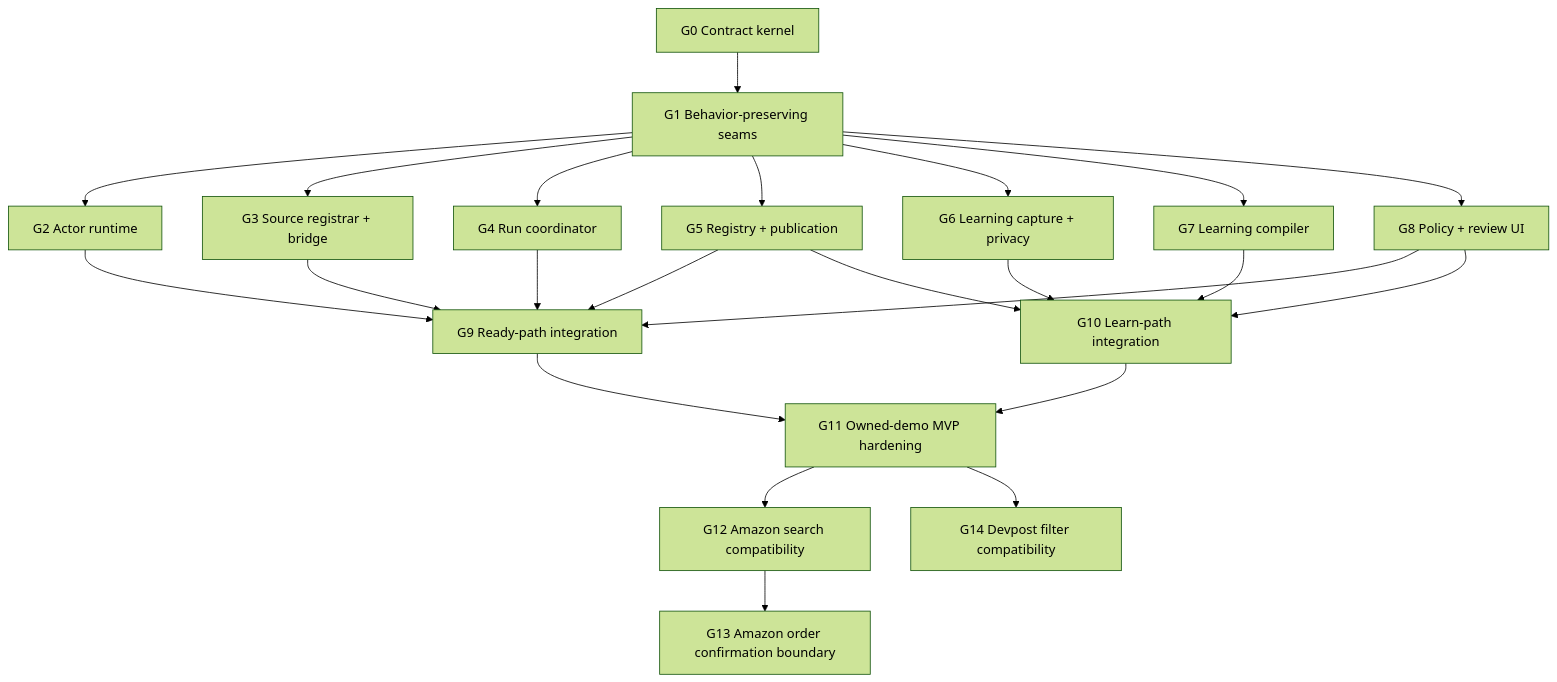
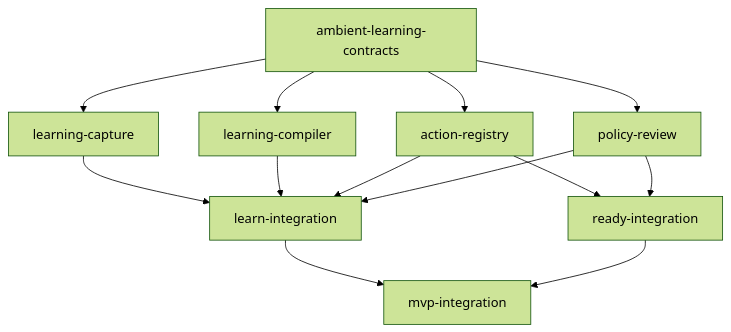
One commit to yohanc3/webmcp-automator changed the diagram in documentation/parallel-worktrees.md. Above: the diagram before and after it, drawn with Mermaid (forest theme). The commit also changed other lines of this file and 19 other files, not shown here.

Commit message:
docs: define automatic ambient learning contracts

````diff
--- a/documentation/parallel-worktrees.md
+++ b/documentation/parallel-worktrees.md
@@ -137,28 +53,16 @@
 ```mermaid
 flowchart TD
-  G0[G0 Contract kernel] --> G1[G1 Behavior-preserving seams]
-  G1 --> A[G2 Actor runtime]
-  G1 --> B[G3 Source registrar + bridge]
-  G1 --> C[G4 Run coordinator]
-  G1 --> D[G5 Registry + publication]
-  G1 --> E[G6 Learning capture + privacy]
-  G1 --> F[G7 Learning compiler]
-  G1 --> P[G8 Policy + review UI]
-
-  A --> RI[G9 Ready-path integration]
-  B --> RI
-  C --> RI
-  D --> RI
-  P --> RI
-
-  E --> LI[G10 Learn-path integration]
-  F --> LI
-  D --> LI
-  P --> LI
-
-  RI --> M[G11 Owned-demo MVP hardening]
-  LI --> M
-  M --> AS[G12 Amazon search compatibility]
-  AS --> AO[G13 Amazon order confirmation boundary]
-  M --> DV[G14 Devpost filter compatibility]
+  C[ambient-learning-contracts\n<ambient-contract-sha>]
+  C --> A[learning-capture]
+  C --> P[learning-compiler]
+  C --> D[action-registry]
+  C --> U[policy-review]
+  A --> I[learn-integration]
+  P --> I
+  D --> I
+  U --> I
+  I --> M[mvp-integration]
+  D --> R[ready-integration]
+  U --> R
+  R --> M
 ```
````
